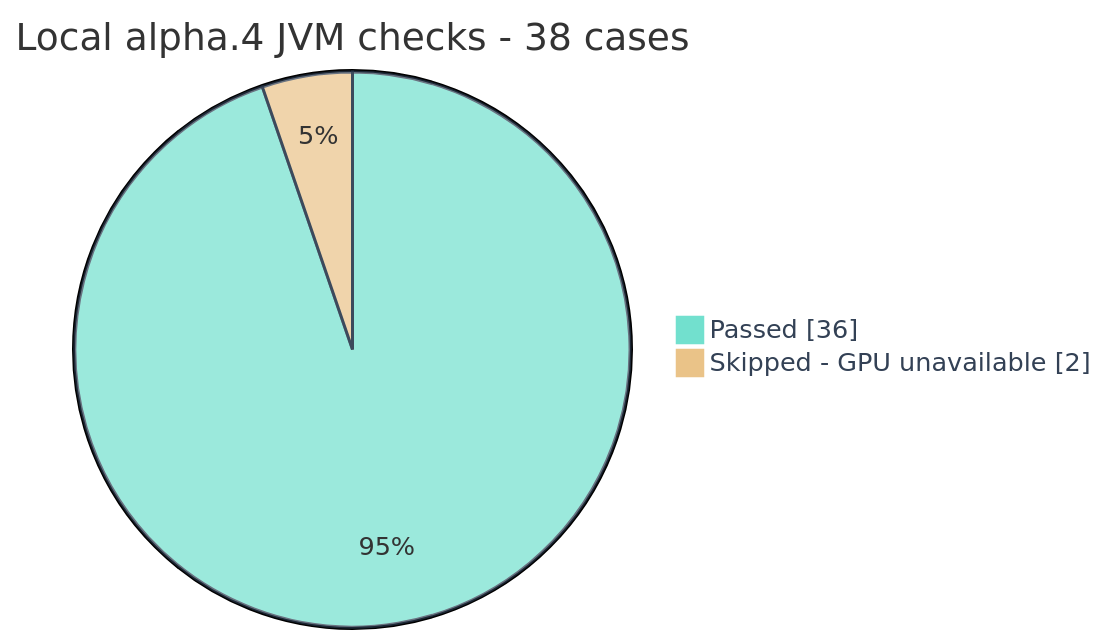
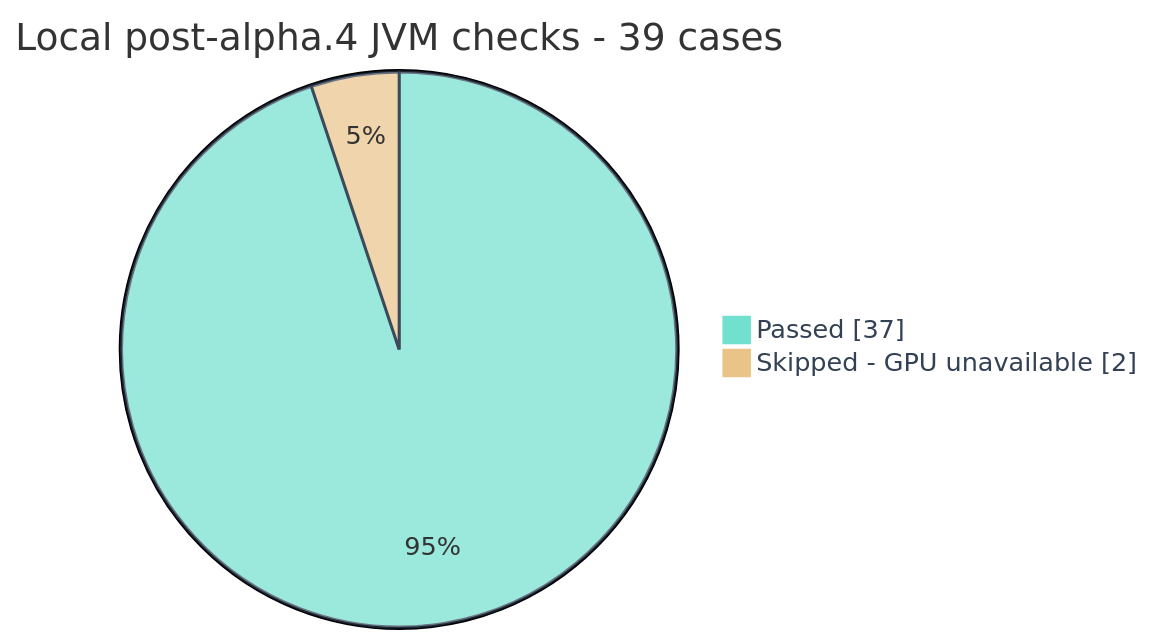
The third of 4 diagrams in README.md (sabbirimon/HyperL), drawn with Mermaid before and after one commit. The commit also changed other lines of this file and 10 other files, not shown here.

````diff
--- a/README.md
+++ b/README.md
@@ -267,7 +267,7 @@
 ```mermaid
 %%{init: {'theme':'base','themeVariables':{'pie1':'#72e0ce','pie2':'#eac388','pieStrokeColor':'#2a394d','pieLegendTextColor':'#334155'}}}%%
 pie showData
-    title Local alpha.4 JVM checks - 38 cases
-    "Passed" : 36
+    title Local post-alpha.4 JVM checks - 39 cases
+    "Passed" : 37
     "Skipped - GPU unavailable" : 2
 ```
````
